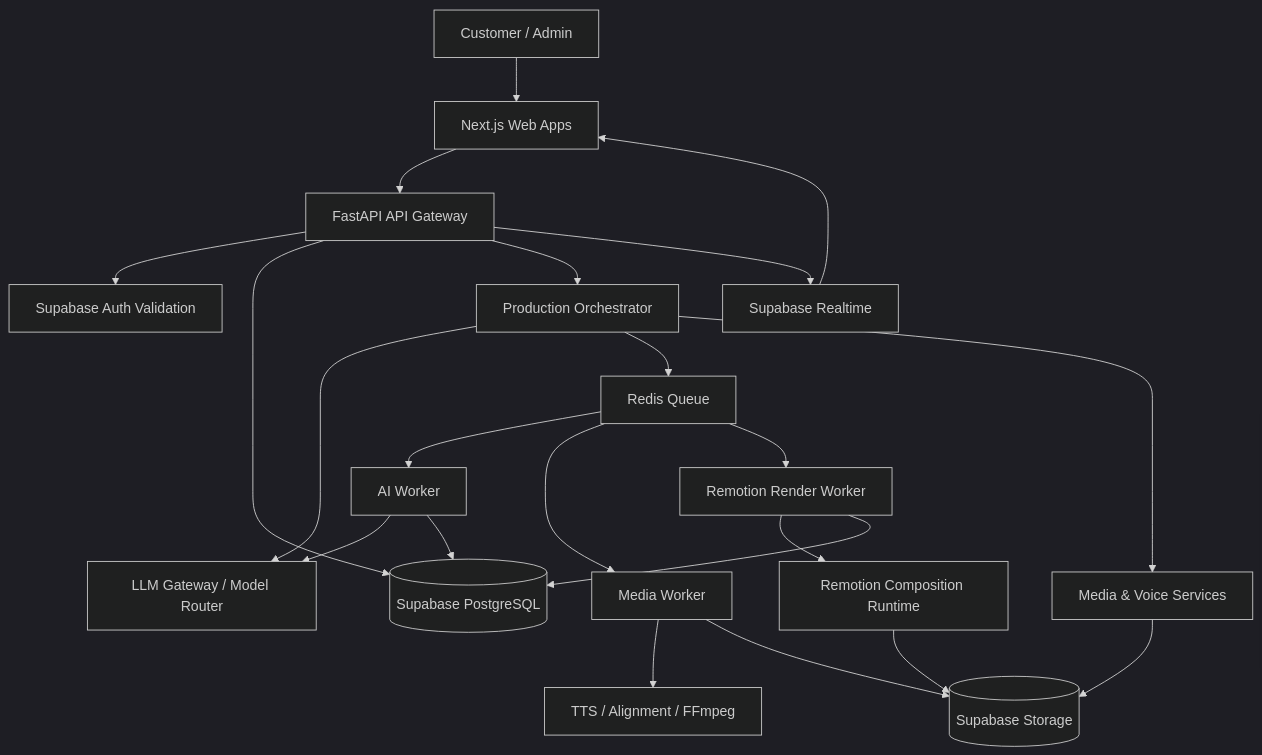
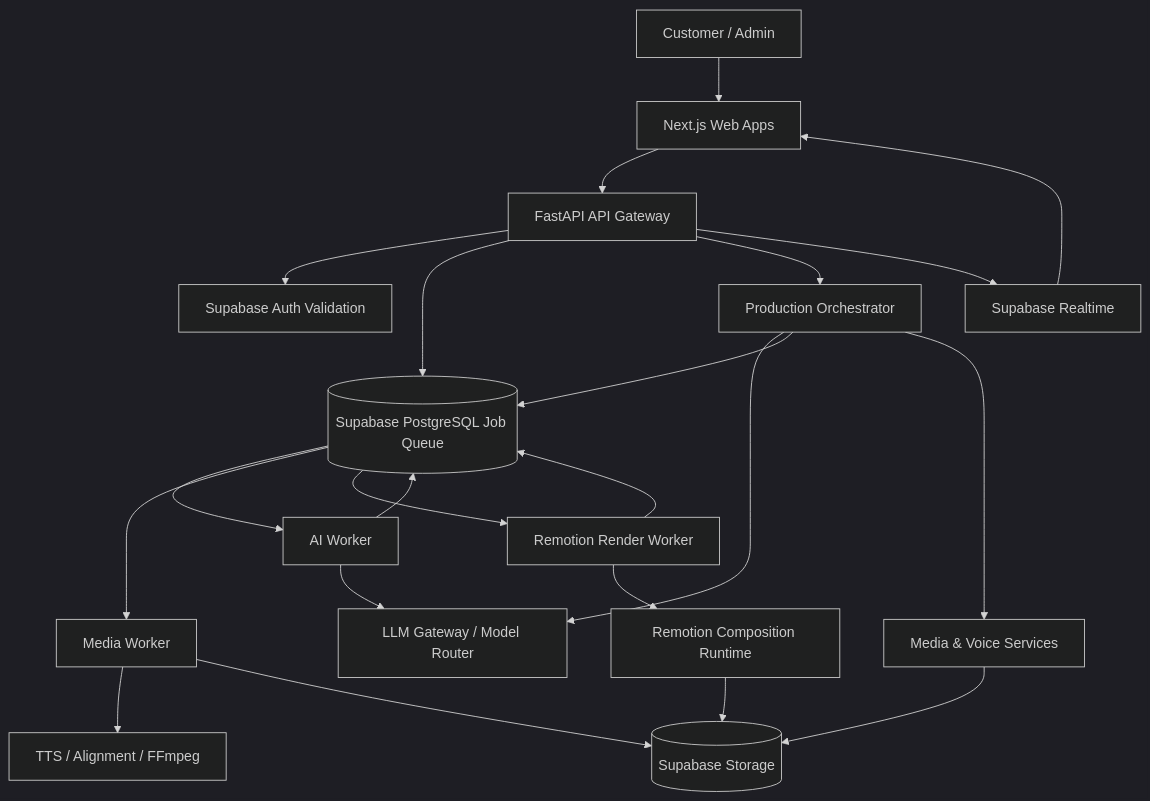
Before and after one commit to appmuvon36-cyber/Graphytion: the first of 3 diagrams in docs/MASTER_PRD_Engineering_Specification_v1.0.md, drawn with Mermaid (dark theme). The commit also changed other lines of this file, not shown here.

Commit message:
docs(prd): replace Redis architecture with PostgreSQL job queue

````diff
--- a/docs/MASTER_PRD_Engineering_Specification_v1.0.md
+++ b/docs/MASTER_PRD_Engineering_Specification_v1.0.md
@@ -267,24 +267,24 @@
 ``` mermaid
 flowchart TB
   U[Customer / Admin] --> WEB[Next.js Web Apps]
   WEB --> API[FastAPI API Gateway]
   API --> AUTH[Supabase Auth Validation]
   API --> DB[(Supabase PostgreSQL)]
   API --> ORCH[Production Orchestrator]
   ORCH --> LLM[LLM Gateway / Model Router]
-  ORCH --> Q[Redis Queue]
+  ORCH --> DB[(Supabase PostgreSQL Job Queue)]
   ORCH --> MEDIA[Media & Voice Services]
   MEDIA --> STORAGE[(Supabase Storage)]
-  Q --> AIW[AI Worker]
-  Q --> MW[Media Worker]
-  Q --> RW[Remotion Render Worker]
+  DB --> AIW[AI Worker]
+  DB --> MW[Media Worker]
+  DB --> RW[Remotion Render Worker]
   AIW --> LLM
   AIW --> DB
   MW --> TTS[TTS / Alignment / FFmpeg]
   MW --> STORAGE
   RW --> REM[Remotion Composition Runtime]
   REM --> STORAGE
   RW --> DB
   API --> RT[Supabase Realtime]
   RT --> WEB
 ```
````
